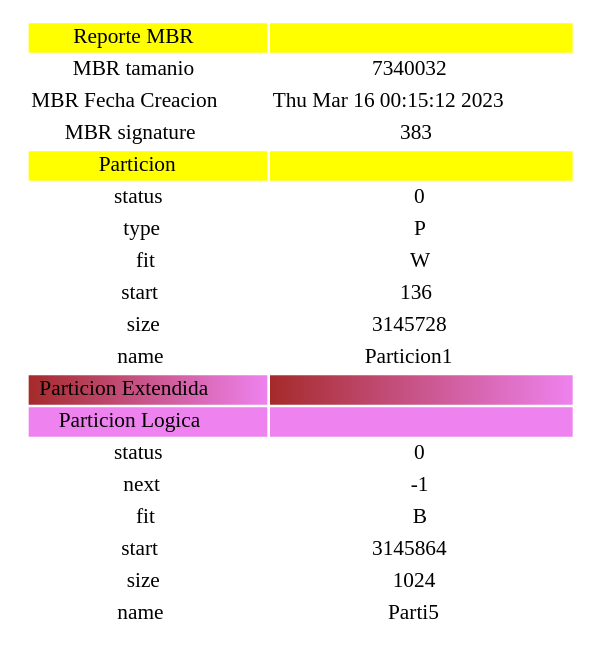
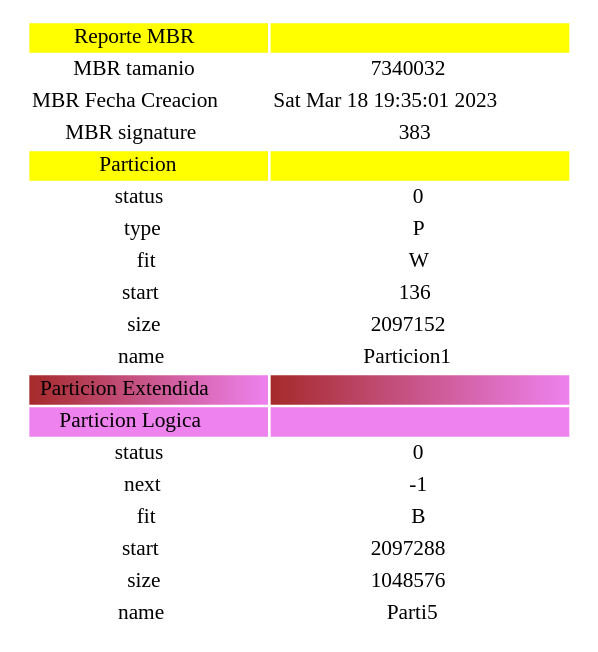
One commit to JoseMore99/-MIA-Proyecto1_201701015 changed the diagram in Report.dot. Above: the diagram before and after it, drawn with Graphviz. The commit also changed 21 other files, not shown here.

```diff
--- a/Report.dot
+++ b/Report.dot
@@ -1,77 +1,77 @@
 digraph g {
 graph [];
 node [
 fontsize = "16"
 shape = "record"
 ];
 edge [];
  a0 [shape=none label=<<TABLE border="0">
 <TR><TD bgcolor="yellow">Reporte MBR</TD>
 <TD bgcolor="yellow"></TD></TR>
 <TR><TD>MBR tamanio</TD>
 <TD>
 7340032
 </TD></TR>
 <TR><TD>MBR Fecha Creacion</TD>
 <TD>
-Thu Mar 16 00:15:12 2023
+Sat Mar 18 19:35:01 2023
 
 </TD></TR>
 <TR><TD>MBR signature</TD>
 <TD>
 383
 </TD></TR>
 <TR><TD bgcolor="yellow">Particion</TD>
 <TD bgcolor="yellow"></TD></TR>
 <TR><TD>status</TD>
 <TD>
 0
 </TD></TR>
 <TR><TD>type</TD>
 <TD>
 P
 </TD></TR>
 <TR><TD>fit</TD>
 <TD>
 W
 </TD></TR>
 <TR><TD>start</TD>
 <TD>
 136
 </TD></TR>
 <TR><TD>size</TD>
 <TD>
-3145728
+2097152
 </TD></TR>
 <TR><TD>name</TD>
 <TD>
 Particion1
 </TD></TR>
 <TR><TD bgcolor="brown:violet">Particion Extendida</TD><TD bgcolor="brown:violet"></TD></TR><TR><TD bgcolor="violet">Particion Logica</TD>
 <TD bgcolor="violet"></TD></TR>
 <TR><TD>status</TD>
 <TD>
 0
 </TD></TR>
 <TR><TD>next</TD>
 <TD>
 -1
 </TD></TR>
 <TR><TD>fit</TD>
 <TD>
 B
 </TD></TR>
 <TR><TD>start</TD>
 <TD>
-3145864
+2097288
 </TD></TR>
 <TR><TD>size</TD>
 <TD>
-1024
+1048576
 </TD></TR>
 <TR><TD>name</TD>
 <TD>
 Parti5
 </TD></TR>
  </TABLE>>];
 }
```
